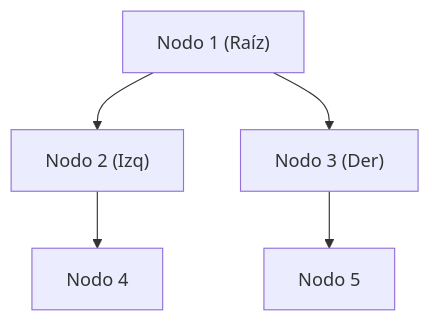
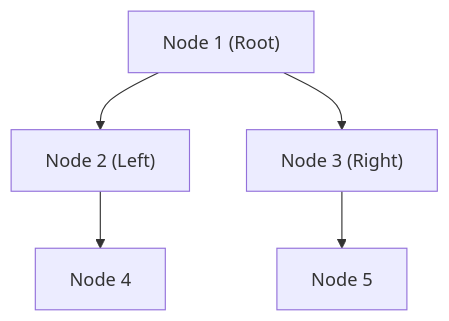
One commit to StevenMolina22/adt_c changed the third of 8 diagrams in readME.md. Above: the diagram before and after it, drawn with Mermaid. The commit also changed other lines of this file, not shown here.

````diff
--- a/readME.md
+++ b/readME.md
@@ -371,7 +369,7 @@
 ```mermaid
 graph TD;
-    Node1["Nodo 1 (Raíz)"] --> Node2["Nodo 2 (Izq)"]
-    Node1 --> Node3["Nodo 3 (Der)"]
-    Node2 --> Node4["Nodo 4"]
-    Node3 --> Node5["Nodo 5"]
+    Node1["Node 1 (Root)"] --> Node2["Node 2 (Left)"]
+    Node1 --> Node3["Node 3 (Right)"]
+    Node2 --> Node4["Node 4"]
+    Node3 --> Node5["Node 5"]
 ```
````
